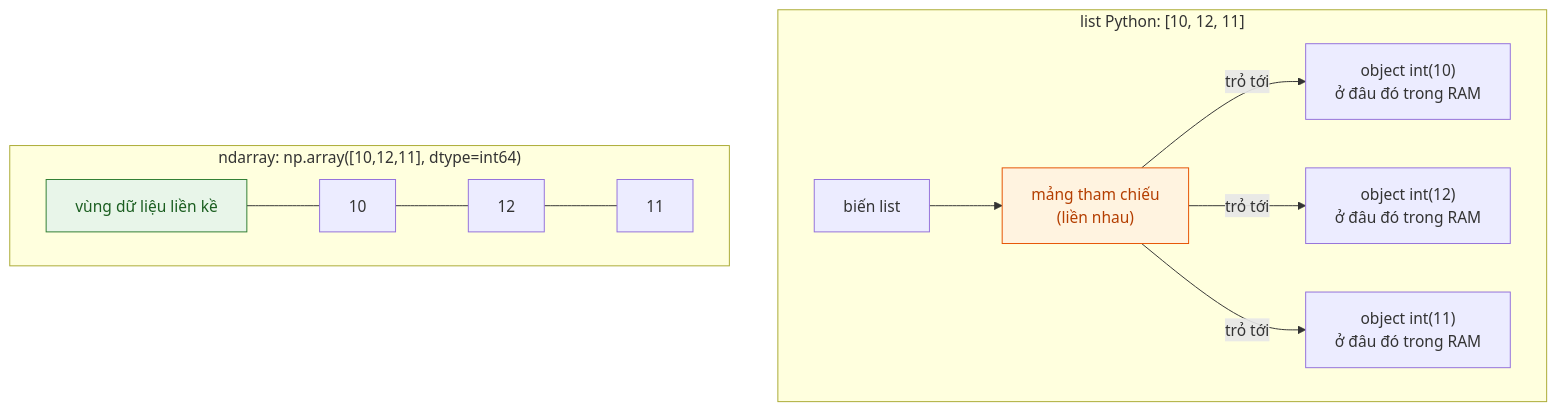
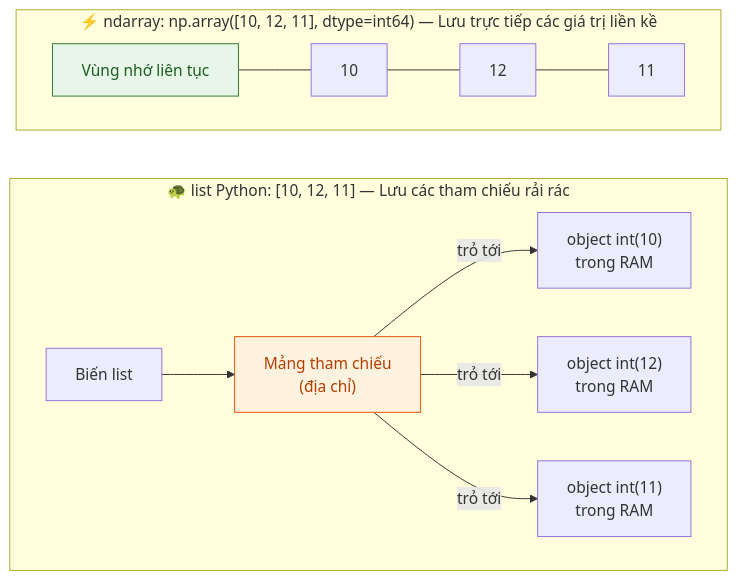
One commit to quancn12/Study_UET changed the first of 2 diagrams in docs/xu-ly-du-lieu/bai-03-numpy.md. Above: the diagram before and after it, drawn with Mermaid. The commit also changed 4 other files, not shown here.

Commit message:
Add click-to-zoom Lightbox modal for diagrams and images, and enlarge small diagram boxes

````diff
--- a/docs/xu-ly-du-lieu/bai-03-numpy.md
+++ b/docs/xu-ly-du-lieu/bai-03-numpy.md
@@ -20,14 +20,20 @@
 ```mermaid
-flowchart TD
-    subgraph L["list Python: [10, 12, 11]"]
-        L0["biến list"] --> R0["mảng tham chiếu<br/>(liền nhau)"]
-        R0 -->|trỏ tới| O1["object int(10)<br/>ở đâu đó trong RAM"]
-        R0 -->|trỏ tới| O2["object int(12)<br/>ở đâu đó trong RAM"]
-        R0 -->|trỏ tới| O3["object int(11)<br/>ở đâu đó trong RAM"]
+flowchart TB
+    subgraph N["⚡ ndarray: np.array([10, 12, 11], dtype=int64) — Lưu trực tiếp các giá trị liền kề"]
+        direction LR
+        N0["Vùng nhớ liên tục"] --- V1["10"] --- V2["12"] --- V3["11"]
     end
-    subgraph N["ndarray: np.array([10,12,11], dtype=int64)"]
-        N0["vùng dữ liệu liền kề"] --- V1["10"] --- V2["12"] --- V3["11"]
+
+    subgraph L["🐢 list Python: [10, 12, 11] — Lưu các tham chiếu rải rác"]
+        direction LR
+        L0["Biến list"] --> R0["Mảng tham chiếu<br/>(địa chỉ)"]
+        R0 -->|trỏ tới| O1["object int(10)<br/>trong RAM"]
+        R0 -->|trỏ tới| O2["object int(12)<br/>trong RAM"]
+        R0 -->|trỏ tới| O3["object int(11)<br/>trong RAM"]
     end
+
+    N ~~~ L
+
     style N0 fill:#e8f5e9,stroke:#2e7d32,color:#1b5e20
     style R0 fill:#fff3e0,stroke:#e65100,color:#b43e00
 ```
````
